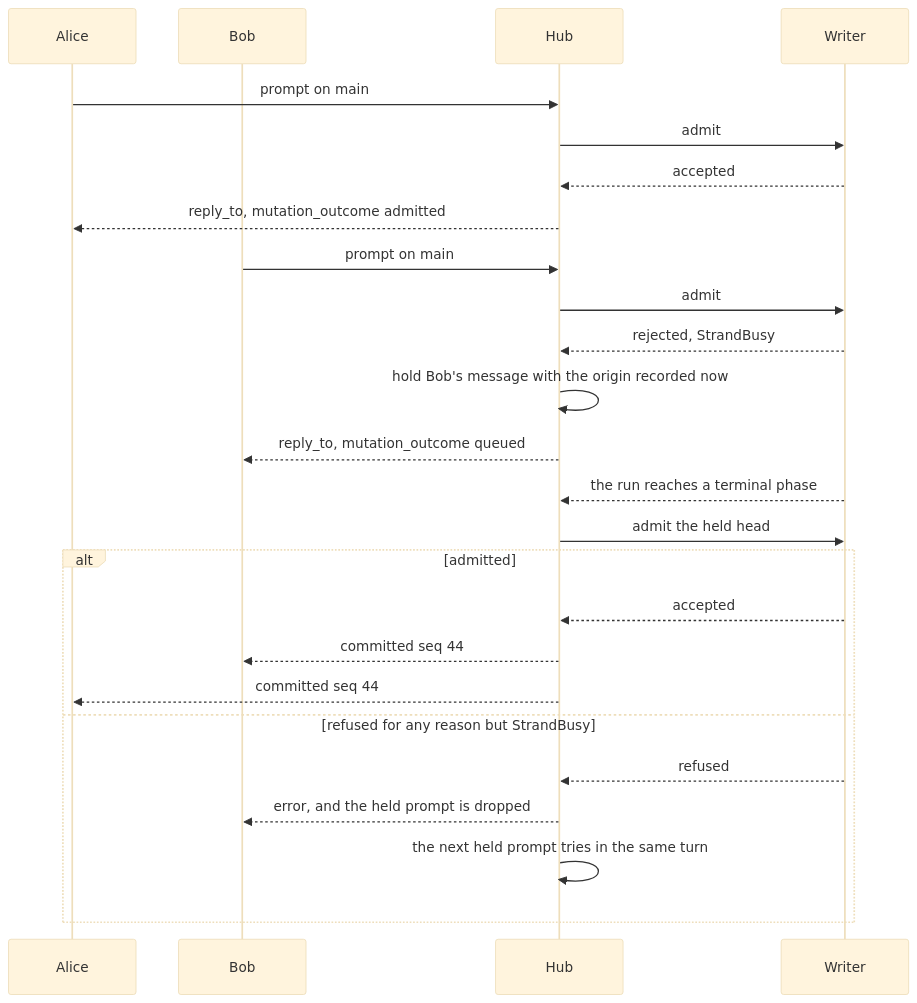
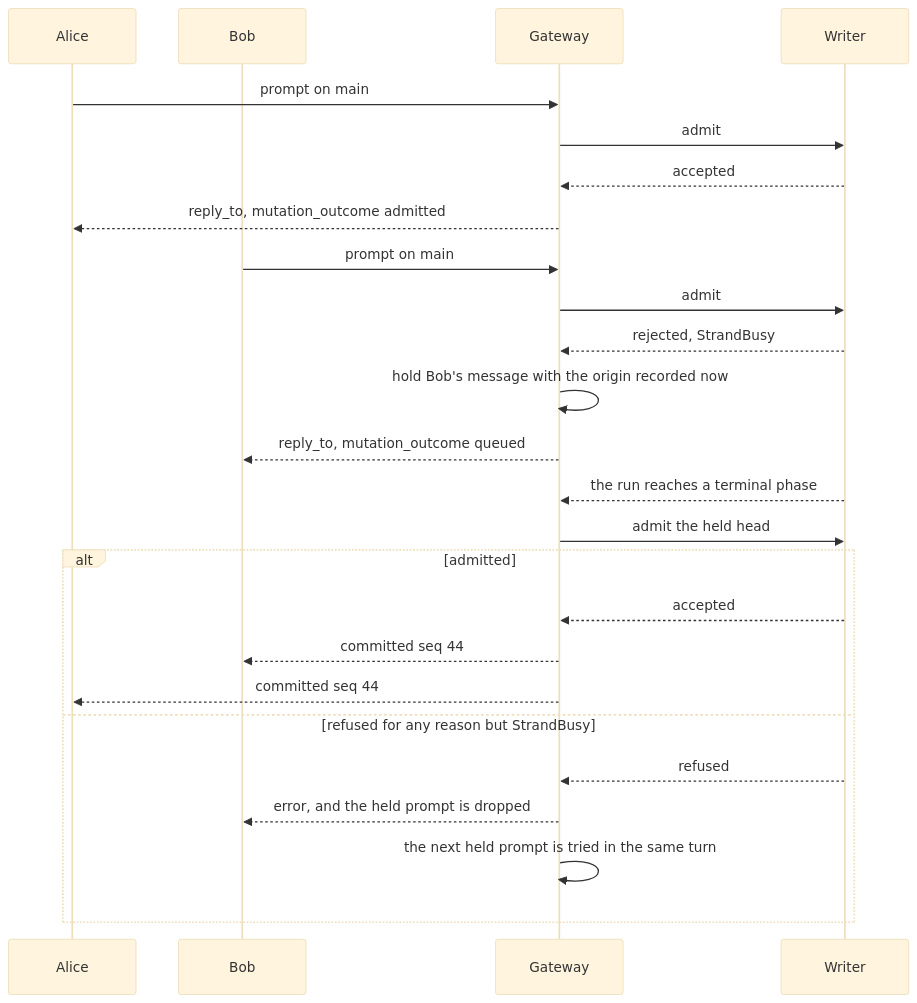
Before and after one commit to Roasbeef/loom: the third of 5 diagrams in docs/architecture/multiplayer.md, drawn with Mermaid (base theme). The commit also changed other lines of this file, not shown here.

````diff
--- a/docs/architecture/multiplayer.md
+++ b/docs/architecture/multiplayer.md
@@ -191,27 +205,27 @@
 ```mermaid
 sequenceDiagram
     participant Alice
     participant Bob
-    participant Hub
+    participant Gateway
     participant Writer
-    Alice->>Hub: prompt on main
-    Hub->>Writer: admit
-    Writer-->>Hub: accepted
-    Hub-->>Alice: reply_to, mutation_outcome admitted
-    Bob->>Hub: prompt on main
-    Hub->>Writer: admit
-    Writer-->>Hub: rejected, StrandBusy
-    Hub->>Hub: hold Bob's message with the origin recorded now
-    Hub-->>Bob: reply_to, mutation_outcome queued
-    Writer-->>Hub: the run reaches a terminal phase
-    Hub->>Writer: admit the held head
+    Alice->>Gateway: prompt on main
+    Gateway->>Writer: admit
+    Writer-->>Gateway: accepted
+    Gateway-->>Alice: reply_to, mutation_outcome admitted
+    Bob->>Gateway: prompt on main
+    Gateway->>Writer: admit
+    Writer-->>Gateway: rejected, StrandBusy
+    Gateway->>Gateway: hold Bob's message with the origin recorded now
+    Gateway-->>Bob: reply_to, mutation_outcome queued
+    Writer-->>Gateway: the run reaches a terminal phase
+    Gateway->>Writer: admit the held head
     alt admitted
-        Writer-->>Hub: accepted
-        Hub-->>Bob: committed seq 44
-        Hub-->>Alice: committed seq 44
+        Writer-->>Gateway: accepted
+        Gateway-->>Bob: committed seq 44
+        Gateway-->>Alice: committed seq 44
     else refused for any reason but StrandBusy
-        Writer-->>Hub: refused
-        Hub-->>Bob: error, and the held prompt is dropped
-        Hub->>Hub: the next held prompt tries in the same turn
+        Writer-->>Gateway: refused
+        Gateway-->>Bob: error, and the held prompt is dropped
+        Gateway->>Gateway: the next held prompt is tried in the same turn
     end
 ```
````
